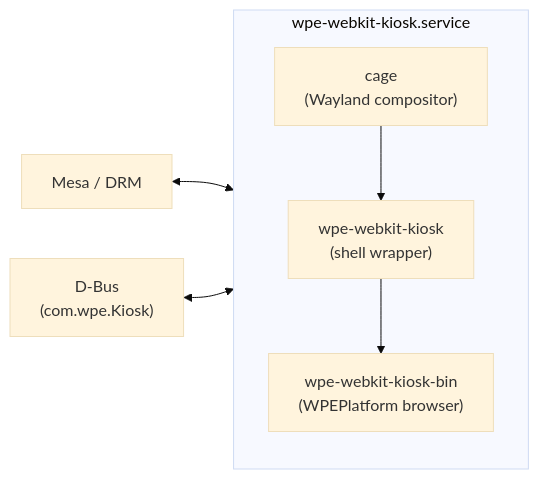
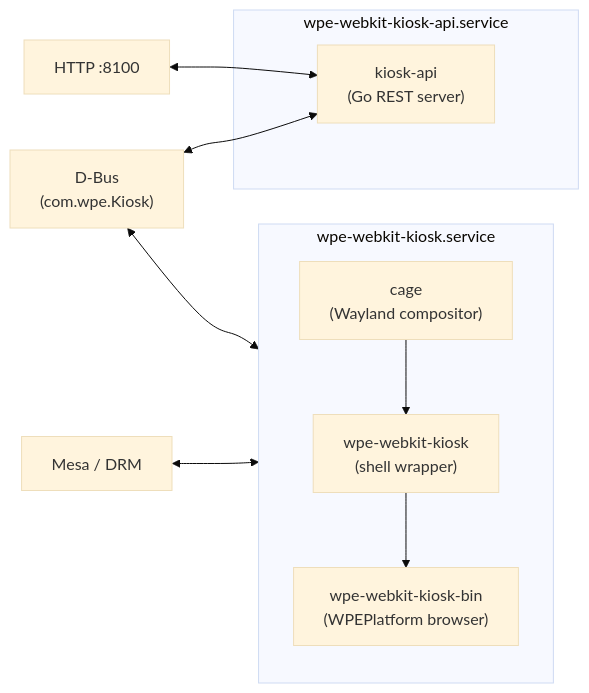
Before and after one commit to tomasz-mizak/wpe-webkit-kiosk: the first of 2 diagrams in README.md, drawn with Mermaid (base theme). The commit also changed other lines of this file and 4 other files, not shown here.

Commit message:
docs: rewrite README with TUI screenshots and updated architecture

````diff
--- a/README.md
+++ b/README.md
@@ -66,14 +70,19 @@
 ```mermaid
 flowchart LR
-    subgraph Service["wpe-webkit-kiosk.service"]
+    subgraph Main["wpe-webkit-kiosk.service"]
         direction TB
         CAGE["cage\n(Wayland compositor)"]
         WRAPPER["wpe-webkit-kiosk\n(shell wrapper)"]
         BIN["wpe-webkit-kiosk-bin\n(WPEPlatform browser)"]
+        CAGE --> WRAPPER --> BIN
+    end
 
-        CAGE --> WRAPPER --> BIN
+    subgraph API["wpe-webkit-kiosk-api.service"]
+        APIBIN["kiosk-api\n(Go REST server)"]
     end
 
     GPU["Mesa / DRM"] <--> CAGE
     DBUS["D-Bus\n(com.wpe.Kiosk)"] <--> BIN
+    DBUS <--> APIBIN
+    HTTP["HTTP :8100"] <--> APIBIN
 ```
````
